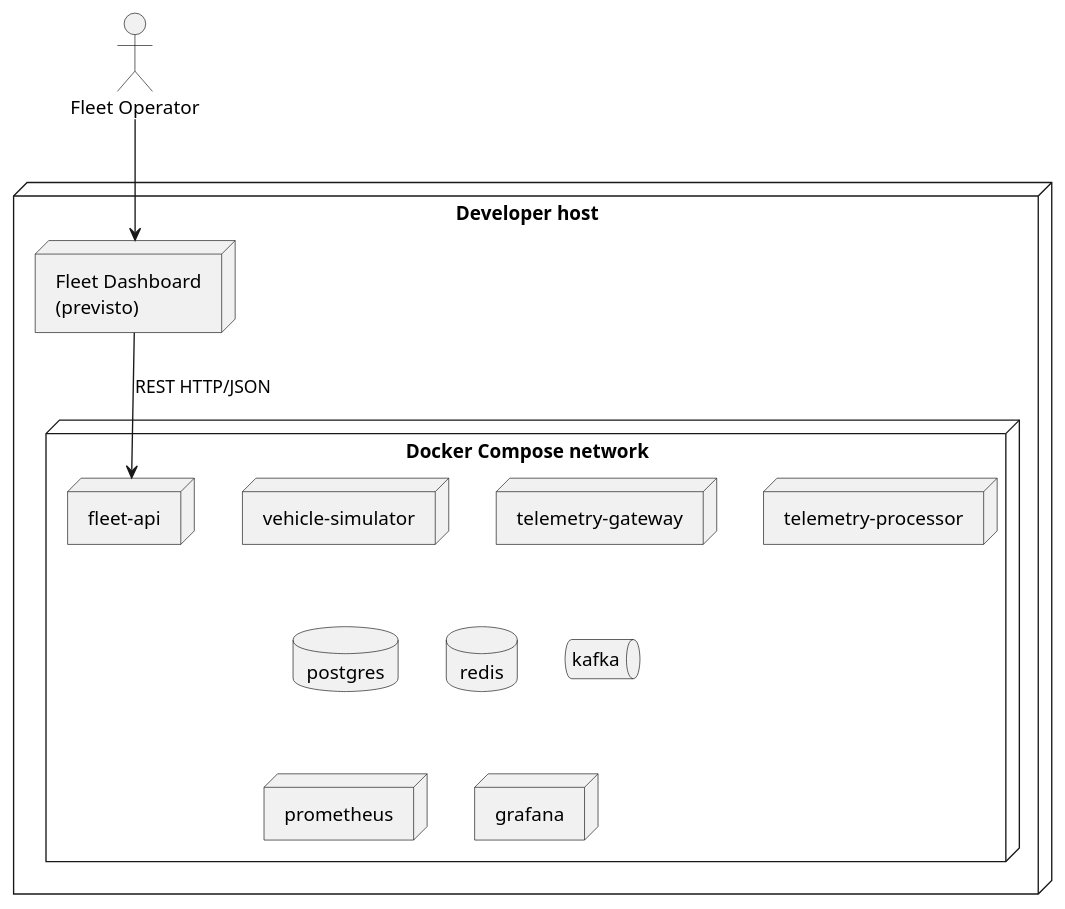
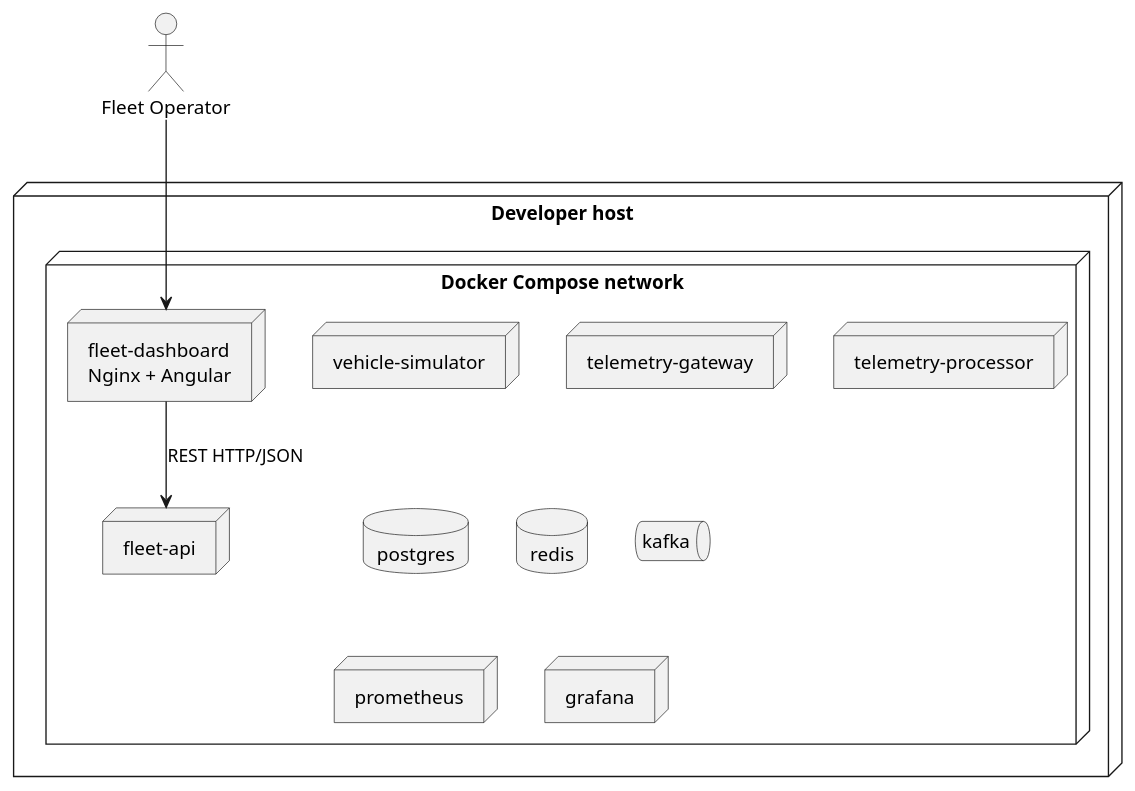
Before and after one commit to val3riot/FleetPulse: the diagram in docs/diagrammi/deployment.puml, drawn with PlantUML. The commit also changed 17 other files, not shown here.

Commit message:
feat(frontend): containerize dashboard with non-root nginx

```diff
--- a/docs/diagrammi/deployment.puml
+++ b/docs/diagrammi/deployment.puml
@@ -1,19 +1,19 @@
 @startuml
 actor "Fleet Operator" as Operator
 node "Developer host" {
-  node "Fleet Dashboard\n(previsto)" as Dashboard
   node "Docker Compose network" {
     node "vehicle-simulator"
     node "telemetry-gateway"
     node "telemetry-processor"
+    node "fleet-dashboard\nNginx + Angular" as Dashboard
     node "fleet-api" as API
     database "postgres"
     database "redis"
     queue "kafka"
     node "prometheus"
     node "grafana"
   }
 }
 Operator --> Dashboard
 Dashboard --> API : REST HTTP/JSON
 @enduml
```
